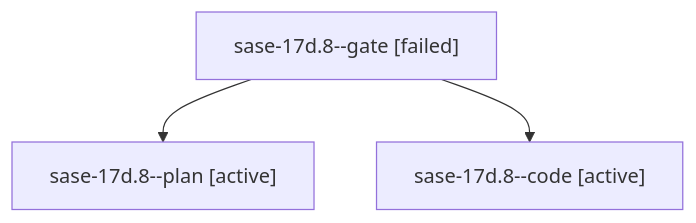
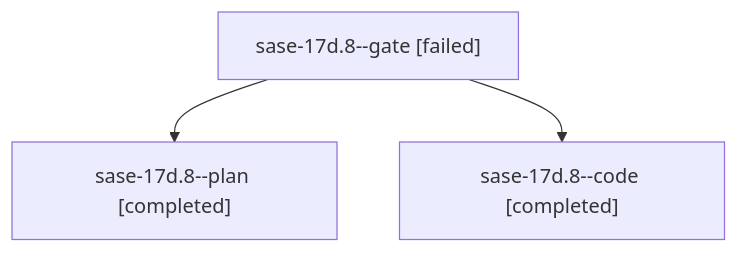
The diagram in families/bbugyi200.athena.sase-17d.8.md (sase-org/sase--agents), drawn with Mermaid before and after one commit. The commit also changed other lines of this file and 241 other files, not shown here.

````diff
--- a/families/bbugyi200.athena.sase-17d.8.md
+++ b/families/bbugyi200.athena.sase-17d.8.md
@@ -9,8 +9,8 @@
 ```mermaid
 flowchart TD
   n0["sase-17d.8--gate [failed]"]
-  n1["sase-17d.8--plan [active]"]
+  n1["sase-17d.8--plan [completed]"]
   n0 --> n1
-  n2["sase-17d.8--code [active]"]
+  n2["sase-17d.8--code [completed]"]
   n0 --> n2
 ```
````
